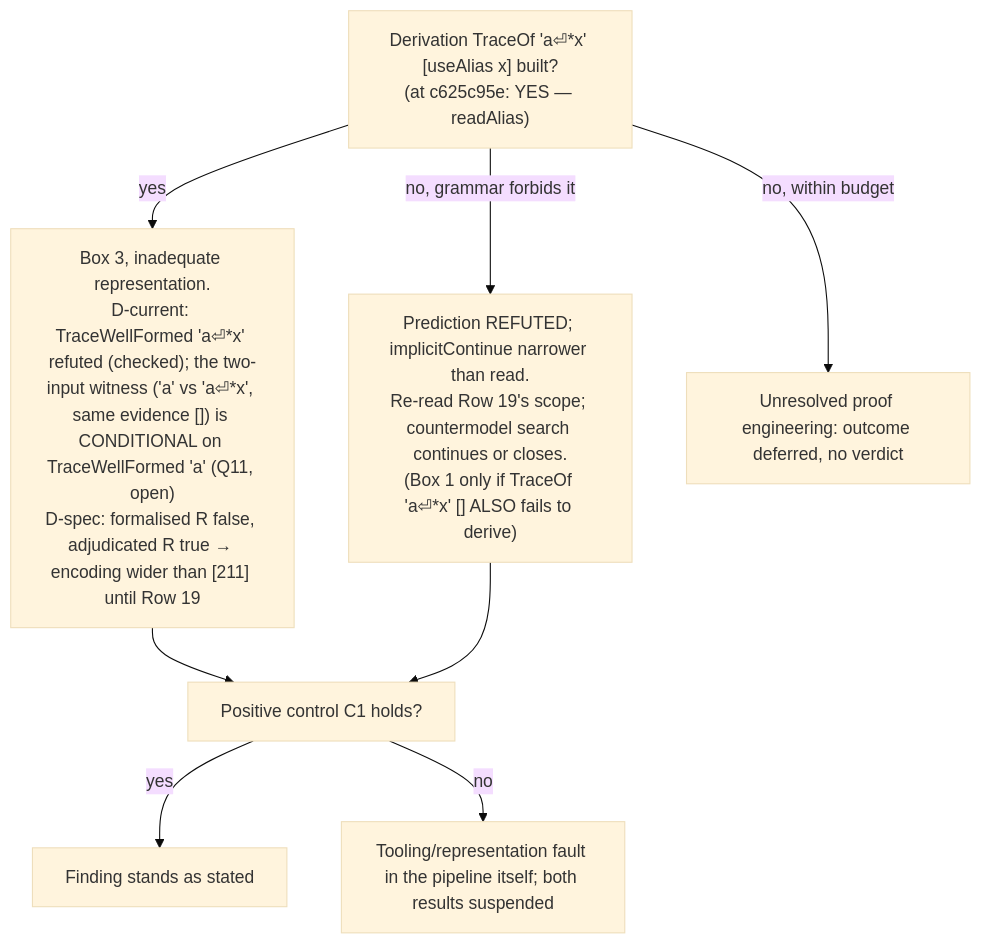
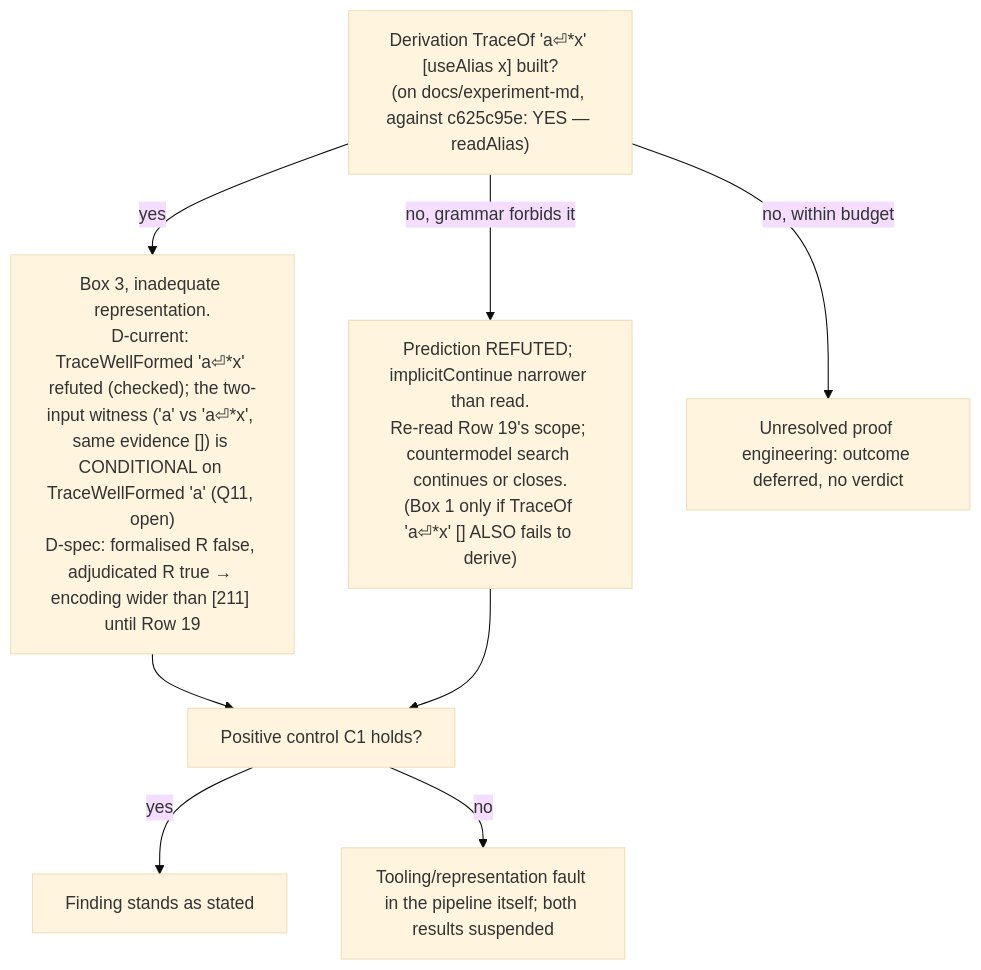
One commit to nasa-jpl/L4YAML changed the second of 2 diagrams in EXPERIMENT.md. Above: the diagram before and after it, drawn with Mermaid (base theme). The commit also changed other lines of this file, not shown here.

Commit message:
docs(experiment): attribute Refutation 3 lemmas to the draft branch docs/experiment-md (built against c625c95e, not contained in it) (Devin Review)

````diff
--- a/EXPERIMENT.md
+++ b/EXPERIMENT.md
@@ -575,11 +575,11 @@
 ```mermaid
 flowchart TD
-  A["Derivation TraceOf 'a⏎*x' [useAlias x] built?\n(at c625c95e: YES — readAlias)"]
+  A["Derivation TraceOf 'a⏎*x' [useAlias x] built?\n(on docs/experiment-md, against c625c95e: YES — readAlias)"]
   A -- "yes" --> B["Box 3, inadequate representation.\nD-current: TraceWellFormed 'a⏎*x' refuted (checked); the two-input witness ('a' vs 'a⏎*x', same evidence []) is CONDITIONAL on TraceWellFormed 'a' (Q11, open)\nD-spec: formalised R false, adjudicated R true → encoding wider than [211] until Row 19"]
   A -- "no, grammar forbids it" --> C["Prediction REFUTED; implicitContinue narrower than read.\nRe-read Row 19's scope; countermodel search continues or closes.\n(Box 1 only if TraceOf 'a⏎*x' [] ALSO fails to derive)"]
   A -- "no, within budget" --> D["Unresolved proof engineering: outcome deferred, no verdict"]
   B --> E["Positive control C1 holds?"]
   C --> E
   E -- "yes" --> F["Finding stands as stated"]
   E -- "no" --> G["Tooling/representation fault in the pipeline itself; both results suspended"]
 ```
````
